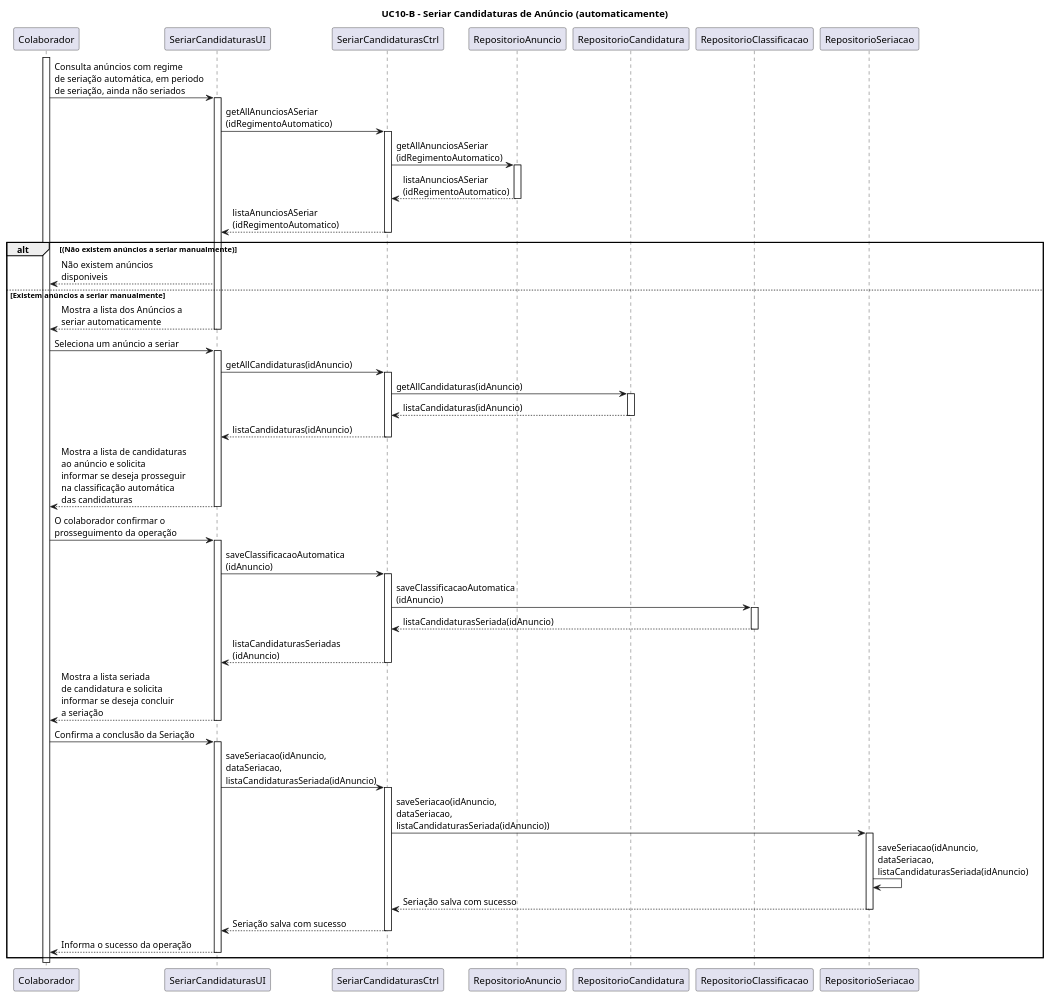
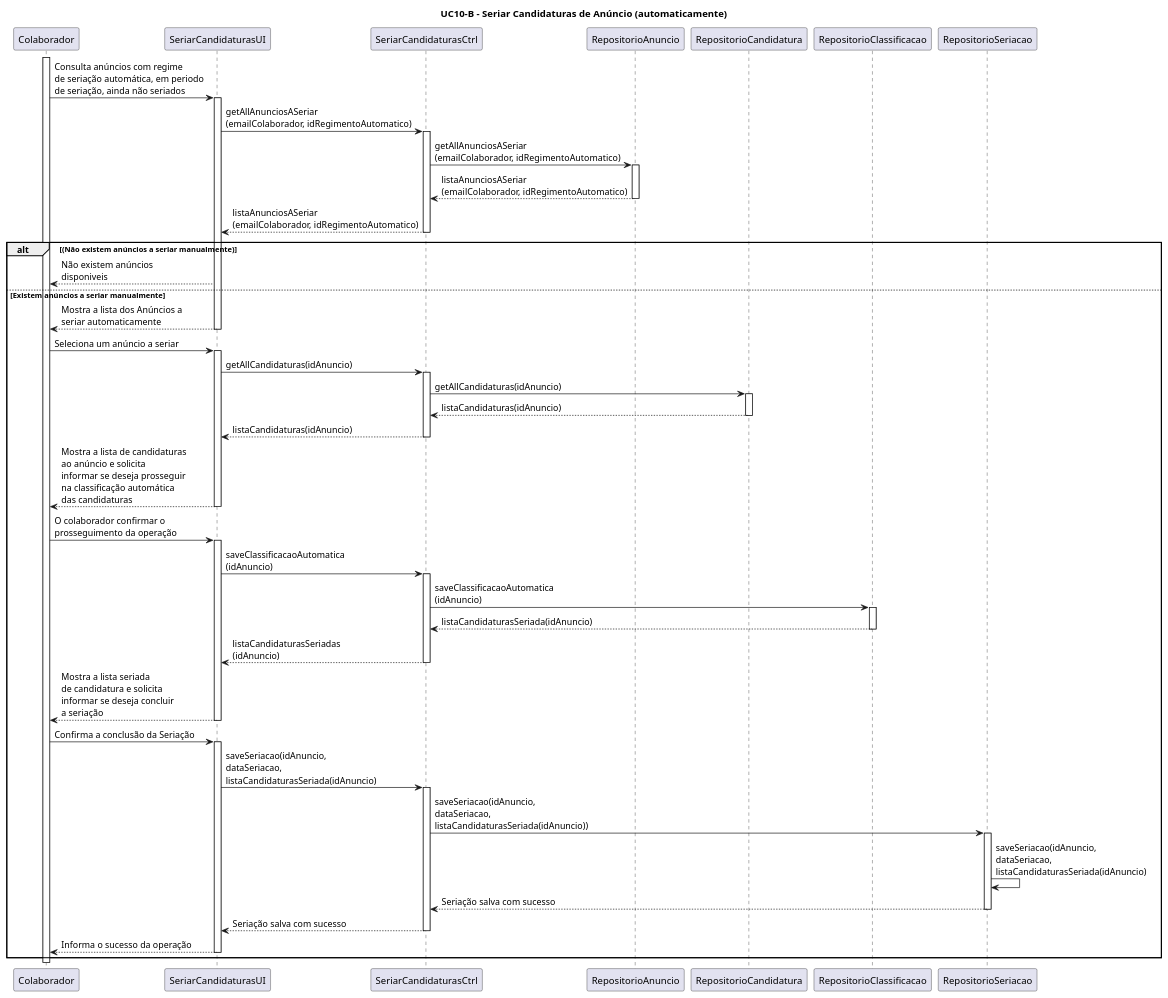
Before and after one commit to blestonbandeiraUPSKILL/upskill_java1_labprg_grupo2: the diagram in Documentação/Sprint 3/UC10_B_Seriar_Candidaturas_(automaticamente)/UC10_B_Seriar_Candidaturas_(automaticamente)_Diagrama_Sequencia.puml, drawn with PlantUML. The commit also changed 9 other files, not shown here.

```diff
--- a/Documentação/Sprint 3/UC10_B_Seriar_Candidaturas_(automaticamente)/UC10_B_Seriar_Candidaturas_(automaticamente)_Diagrama_Sequencia.puml
+++ b/Documentação/Sprint 3/UC10_B_Seriar_Candidaturas_(automaticamente)/UC10_B_Seriar_Candidaturas_(automaticamente)_Diagrama_Sequencia.puml
@@ -1,76 +1,76 @@
 @startuml
 
 title UC10-B - Seriar Candidaturas de Anúncio (automaticamente)
 
 participant Colaborador
 participant SeriarCandidaturasUI
 participant SeriarCandidaturasCtrl
 participant RepositorioAnuncio
 participant RepositorioCandidatura
 participant RepositorioClassificacao
 participant RepositorioSeriacao
 
 
 activate Colaborador
 Colaborador -> SeriarCandidaturasUI: Consulta anúncios com regime \nde seriação automática, em periodo \nde seriação, ainda não seriados
 activate SeriarCandidaturasUI
-SeriarCandidaturasUI -> SeriarCandidaturasCtrl: getAllAnunciosASeriar\n(idRegimentoAutomatico)
+SeriarCandidaturasUI -> SeriarCandidaturasCtrl: getAllAnunciosASeriar\n(emailColaborador, idRegimentoAutomatico)
 activate SeriarCandidaturasCtrl
-SeriarCandidaturasCtrl -> RepositorioAnuncio: getAllAnunciosASeriar\n(idRegimentoAutomatico)
+SeriarCandidaturasCtrl -> RepositorioAnuncio: getAllAnunciosASeriar\n(emailColaborador, idRegimentoAutomatico)
 activate RepositorioAnuncio
-RepositorioAnuncio --> SeriarCandidaturasCtrl: listaAnunciosASeriar\n(idRegimentoAutomatico)
+RepositorioAnuncio --> SeriarCandidaturasCtrl: listaAnunciosASeriar\n(emailColaborador, idRegimentoAutomatico)
 deactivate RepositorioAnuncio
-SeriarCandidaturasCtrl --> SeriarCandidaturasUI: listaAnunciosASeriar\n(idRegimentoAutomatico)
+SeriarCandidaturasCtrl --> SeriarCandidaturasUI: listaAnunciosASeriar\n(emailColaborador, idRegimentoAutomatico)
 deactivate SeriarCandidaturasCtrl
 alt (Não existem anúncios a seriar manualmente)
 SeriarCandidaturasUI --> Colaborador: Não existem anúncios \ndisponiveis
 
 else Existem anúncios a seriar manualmente 
 SeriarCandidaturasUI --> Colaborador: Mostra a lista dos Anúncios a \nseriar automaticamente
 deactivate SeriarCandidaturasUI
 
 
 Colaborador -> SeriarCandidaturasUI: Seleciona um anúncio a seriar 
 activate SeriarCandidaturasUI
 SeriarCandidaturasUI -> SeriarCandidaturasCtrl: getAllCandidaturas(idAnuncio)
 activate SeriarCandidaturasCtrl
 SeriarCandidaturasCtrl -> RepositorioCandidatura: getAllCandidaturas(idAnuncio)
 activate RepositorioCandidatura
 RepositorioCandidatura --> SeriarCandidaturasCtrl: listaCandidaturas(idAnuncio)
 deactivate RepositorioCandidatura
 SeriarCandidaturasCtrl --> SeriarCandidaturasUI: listaCandidaturas(idAnuncio)
 deactivate SeriarCandidaturasCtrl
 SeriarCandidaturasUI --> Colaborador: Mostra a lista de candidaturas \nao anúncio e solicita \ninformar se deseja prosseguir \nna classificação automática \ndas candidaturas
 deactivate SeriarCandidaturasUI
 
 Colaborador -> SeriarCandidaturasUI: O colaborador confirmar o \nprosseguimento da operação
 activate SeriarCandidaturasUI
 SeriarCandidaturasUI -> SeriarCandidaturasCtrl: saveClassificacaoAutomatica\n(idAnuncio)
 activate SeriarCandidaturasCtrl
 SeriarCandidaturasCtrl -> RepositorioClassificacao: saveClassificacaoAutomatica\n(idAnuncio)
 activate RepositorioClassificacao
 RepositorioClassificacao --> SeriarCandidaturasCtrl: listaCandidaturasSeriada(idAnuncio)
 deactivate RepositorioClassificacao
 SeriarCandidaturasCtrl --> SeriarCandidaturasUI: listaCandidaturasSeriadas\n(idAnuncio)
 deactivate SeriarCandidaturasCtrl
 SeriarCandidaturasUI --> Colaborador: Mostra a lista seriada \nde candidatura e solicita \ninformar se deseja concluir \na seriação
 deactivate SeriarCandidaturasUI
 
 Colaborador -> SeriarCandidaturasUI: Confirma a conclusão da Seriação
 activate SeriarCandidaturasUI
 SeriarCandidaturasUI -> SeriarCandidaturasCtrl: saveSeriacao(idAnuncio, \ndataSeriacao, \nlistaCandidaturasSeriada(idAnuncio)
 activate SeriarCandidaturasCtrl
 SeriarCandidaturasCtrl -> RepositorioSeriacao: saveSeriacao(idAnuncio, \ndataSeriacao, \nlistaCandidaturasSeriada(idAnuncio))
 activate RepositorioSeriacao
 RepositorioSeriacao -> RepositorioSeriacao: saveSeriacao(idAnuncio, \ndataSeriacao, \nlistaCandidaturasSeriada(idAnuncio)
 RepositorioSeriacao --> SeriarCandidaturasCtrl: Seriação salva com sucesso
 deactivate RepositorioSeriacao
 SeriarCandidaturasCtrl --> SeriarCandidaturasUI: Seriação salva com sucesso
 deactivate SeriarCandidaturasCtrl
 SeriarCandidaturasUI --> Colaborador: Informa o sucesso da operação
 deactivate SeriarCandidaturasUI
 
 
 end alt
 deactivate Colaborador
 @enduml
```
